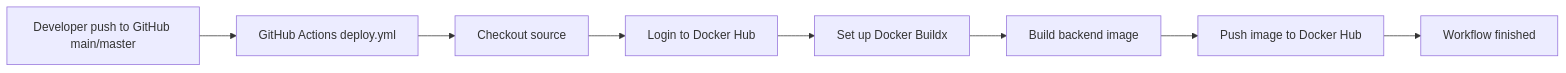
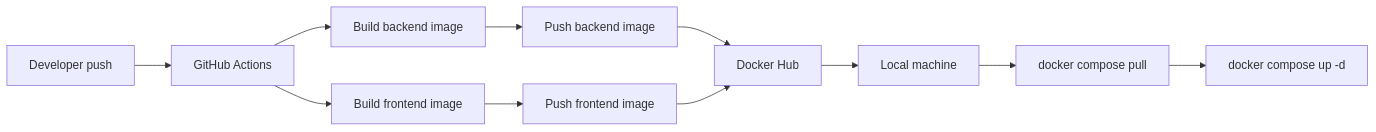
Before and after one commit to yayyaysu/jd_matcher_ai: the diagram in docs/CICD_pipeline.md, drawn with Mermaid. The commit also changed other lines of this file and 1 other file, not shown here.

````diff
--- a/docs/CICD_pipeline.md
+++ b/docs/CICD_pipeline.md
@@ -40,10 +40,13 @@
 ```mermaid
 flowchart LR
-		A[Developer push to GitHub main/master] --> B[GitHub Actions deploy.yml]
-		B --> C[Checkout source]
-		C --> D[Login to Docker Hub]
-		D --> E[Set up Docker Buildx]
-		E --> F[Build backend image]
-		F --> G[Push image to Docker Hub]
-		G --> H[Workflow finished]
+    A[Developer push] --> B[GitHub Actions]
+    B --> C[Build backend image]
+    B --> D[Build frontend image]
+    C --> E[Push backend image]
+    D --> F[Push frontend image]
+    E --> G[Docker Hub]
+    F --> G
+    G --> H[Local machine]
+    H --> I[docker compose pull]
+    I --> J[docker compose up -d]
 ```
````
